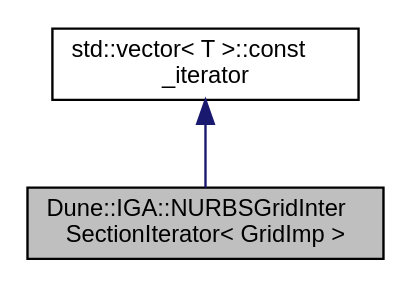
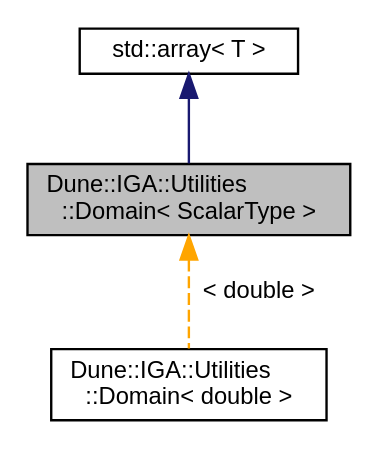
One commit to rath3t/dune-iga-doc changed the diagram in d3/dc4/a01089.dot. Above: the diagram before and after it, drawn with Graphviz. The commit also changed 1638 other files, not shown here.

Commit message:
deploy: rath3t/dune-iga@39a22d86f807350d8fd5fd2358904a281525172c

```diff
--- a/d3/dc4/a01089.dot
+++ b/d3/dc4/a01089.dot
@@ -1,9 +1,11 @@
-digraph "Dune::IGA::NURBSGridInterSectionIterator&lt; GridImp &gt;"
+digraph "Dune::IGA::Utilities::Domain&lt; ScalarType &gt;"
 {
  // LATEX_PDF_SIZE
   edge [fontname="Helvetica",fontsize="10",labelfontname="Helvetica",labelfontsize="10"];
   node [fontname="Helvetica",fontsize="10",shape=record];
-  Node1 [label="Dune::IGA::NURBSGridInter\lSectionIterator\< GridImp \>",height=0.2,width=0.4,color="black", fillcolor="grey75", style="filled", fontcolor="black",tooltip=" "];
+  Node1 [label="Dune::IGA::Utilities\l::Domain\< ScalarType \>",height=0.2,width=0.4,color="black", fillcolor="grey75", style="filled", fontcolor="black",tooltip="Small wrapper class that represents a one-dimensional closed domain."];
   Node2 -> Node1 [dir="back",color="midnightblue",fontsize="10",style="solid",fontname="Helvetica"];
-  Node2 [label="std::vector\< T \>::const\l_iterator",height=0.2,width=0.4,color="black", fillcolor="white", style="filled",tooltip=" "];
+  Node2 [label="std::array\< T \>",height=0.2,width=0.4,color="black", fillcolor="white", style="filled",tooltip=" "];
+  Node1 -> Node3 [dir="back",color="orange",fontsize="10",style="dashed",label=" \< double \>" ,fontname="Helvetica"];
+  Node3 [label="Dune::IGA::Utilities\l::Domain\< double \>",height=0.2,width=0.4,color="black", fillcolor="white", style="filled",URL="$da/d73/a01090.html",tooltip=" "];
 }
```
